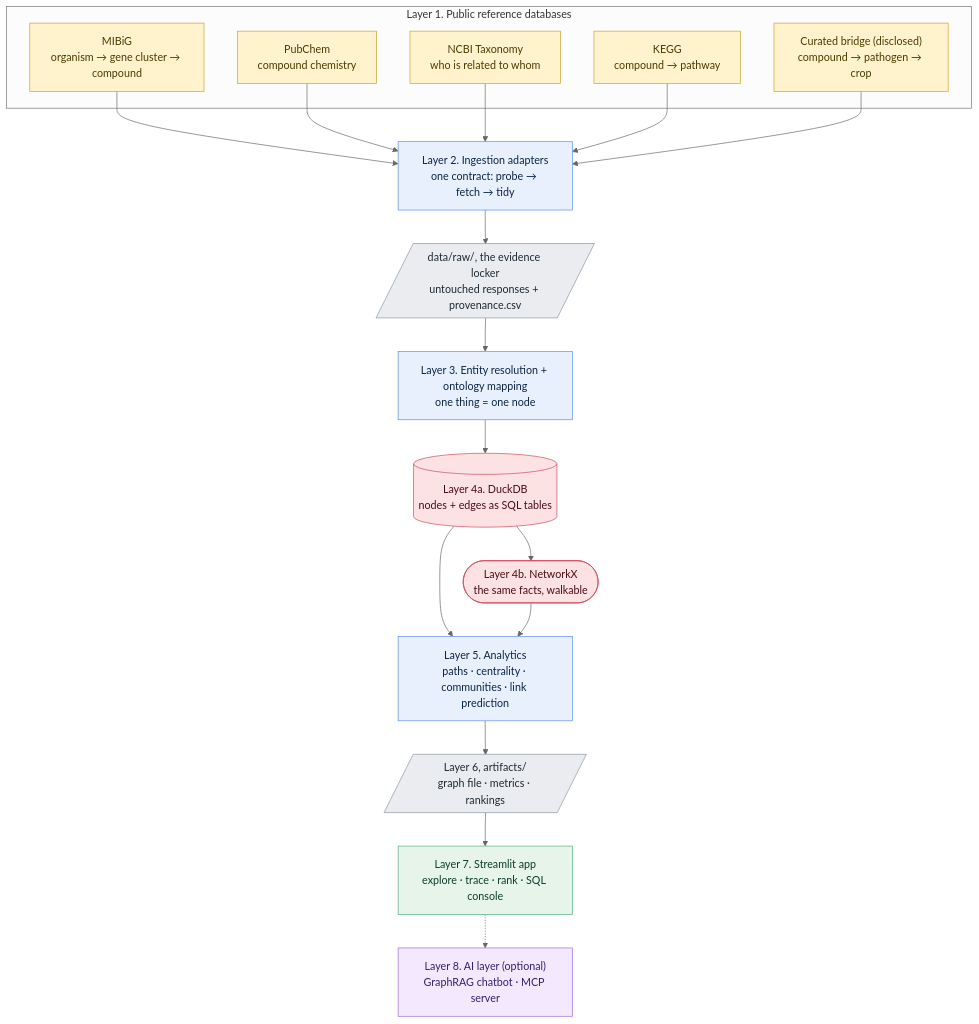
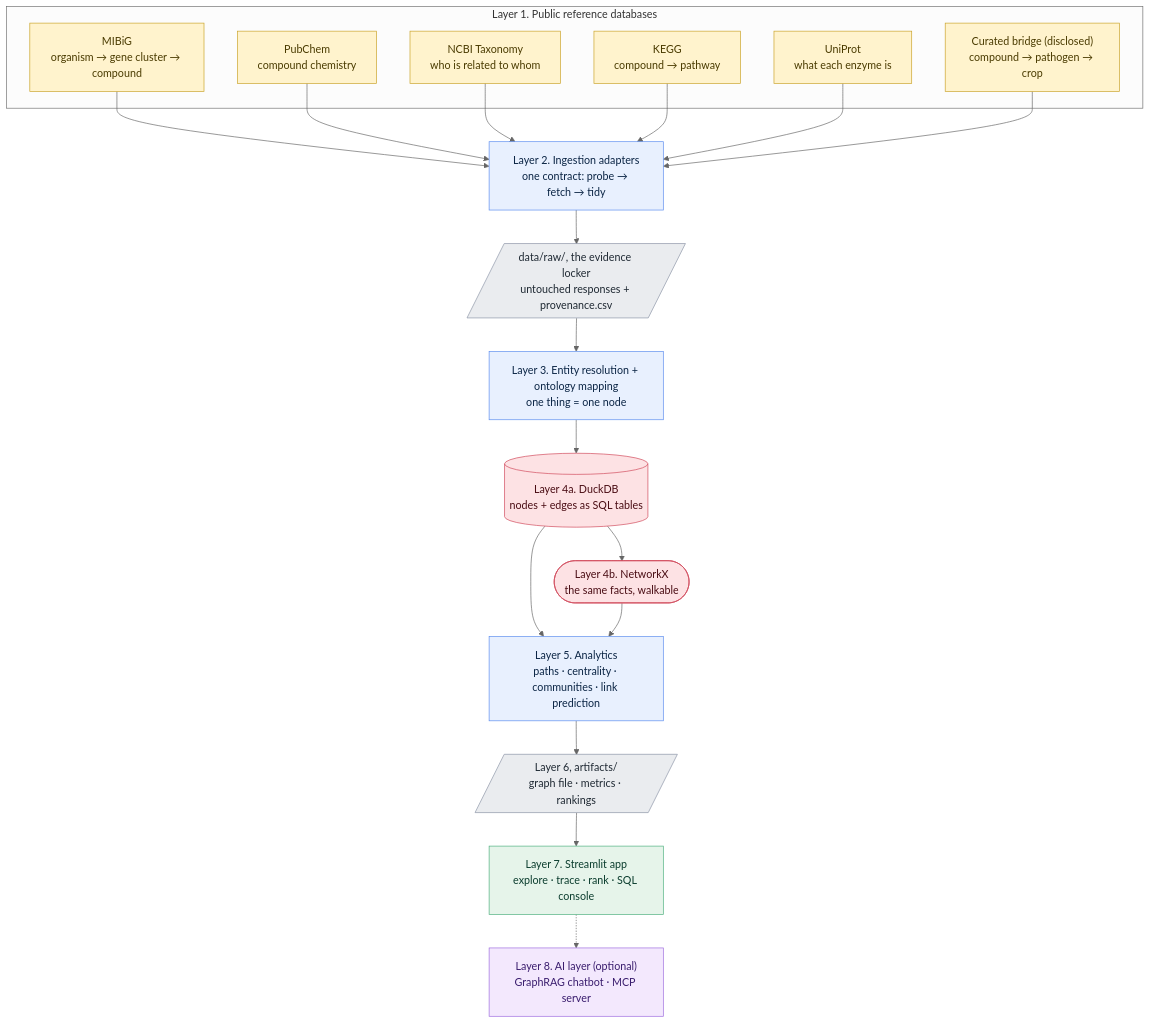
The diagram in docs/00-architecture.md (akannan2987/microbegraph), drawn with Mermaid (neutral theme) before and after one commit. The commit also changed other lines of this file and 47 other files, not shown here.

First line of the commit message:
feat: add UniProt adapter and the protein layer

````diff
--- a/docs/00-architecture.md
+++ b/docs/00-architecture.md
@@ -155,47 +155,49 @@
 ```mermaid
 flowchart TD
     subgraph SOURCES["Layer 1. Public reference databases"]
         S1["MIBiG<br/>organism → gene cluster → compound"]
         S2["PubChem<br/>compound chemistry"]
         S3["NCBI Taxonomy<br/>who is related to whom"]
         S4["KEGG<br/>compound → pathway"]
+        S6["UniProt<br/>what each enzyme is"]
         S5["Curated bridge (disclosed)<br/>compound → pathogen → crop"]
     end
     A["Layer 2. Ingestion adapters<br/>one contract: probe → fetch → tidy"]
     B[/"data/raw/, the evidence locker<br/>untouched responses + provenance.csv"/]
     C["Layer 3. Entity resolution + ontology mapping<br/>one thing = one node"]
     D[("Layer 4a. DuckDB<br/>nodes + edges as SQL tables")]
     E(["Layer 4b. NetworkX<br/>the same facts, walkable"])
     F["Layer 5. Analytics<br/>paths · centrality · communities · link prediction"]
     G[/"Layer 6, artifacts/<br/>graph file · metrics · rankings"/]
     H["Layer 7. Streamlit app<br/>explore · trace · rank · SQL console"]
     I["Layer 8. AI layer (optional)<br/>GraphRAG chatbot · MCP server"]
 
     S1 --> A
     S2 --> A
     S3 --> A
     S4 --> A
+    S6 --> A
     S5 --> A
     A --> B
     B --> C
     C --> D
     D --> E
     D --> F
     E --> F
     F --> G
     G --> H
     H -.-> I
 
     classDef src fill:#FFF3CD,stroke:#C9A227,color:#4A3B00;
     classDef work fill:#E8F0FE,stroke:#5B8DEF,color:#0B2545;
     classDef store fill:#FDE2E4,stroke:#D1495B,color:#4A0D14;
     classDef artifact fill:#EAECEF,stroke:#8A94A6,color:#1F2933;
     classDef cloud fill:#E6F4EA,stroke:#4CAF7D,color:#0B3D2E;
     classDef ai fill:#F3E8FD,stroke:#9C6ADE,color:#3A1D6E;
-    class S1,S2,S3,S4,S5 src
+    class S1,S2,S3,S4,S5,S6 src
     class A,C,F work
     class D,E store
     class B,G artifact
     class H cloud
     class I ai
 ```
````
